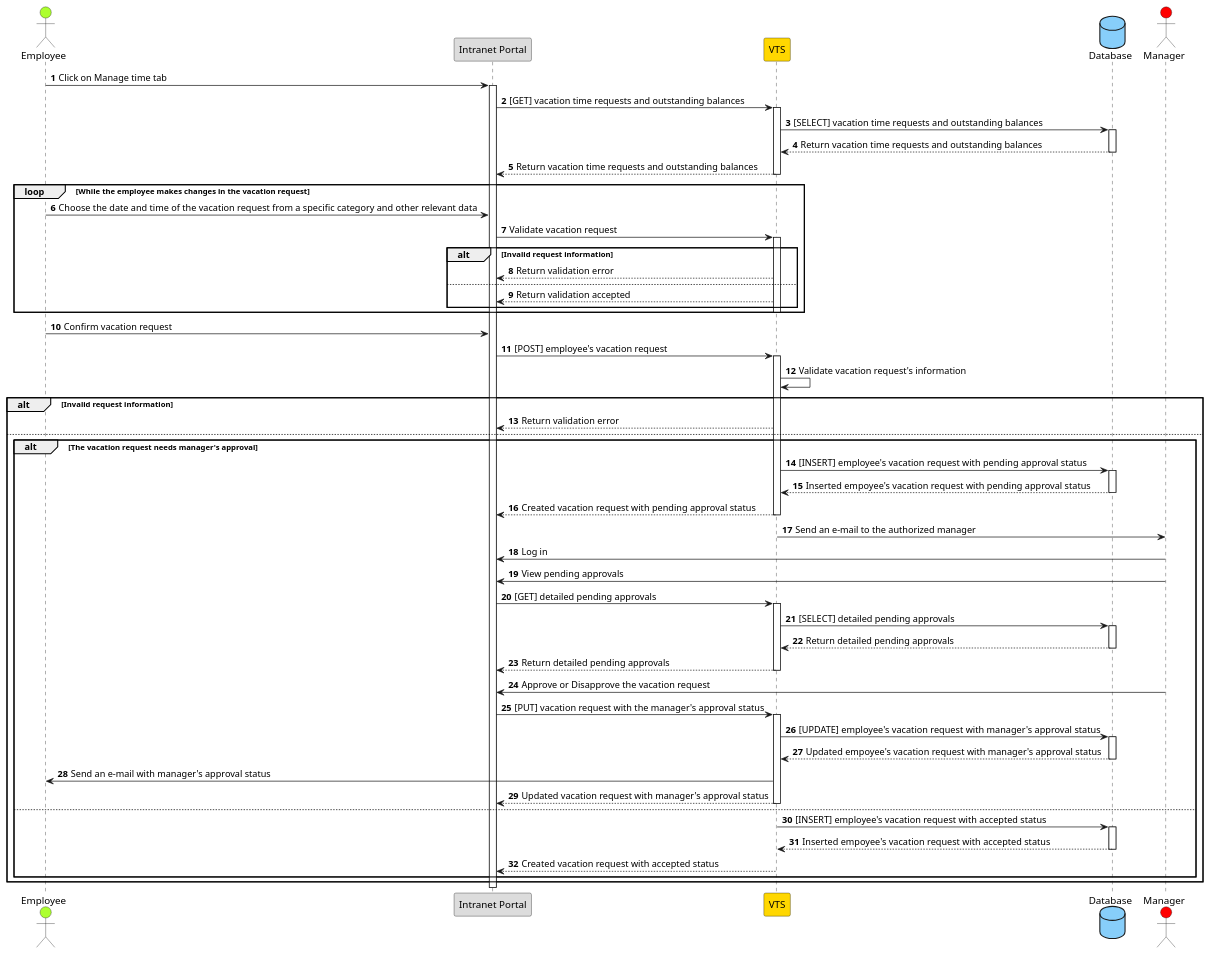
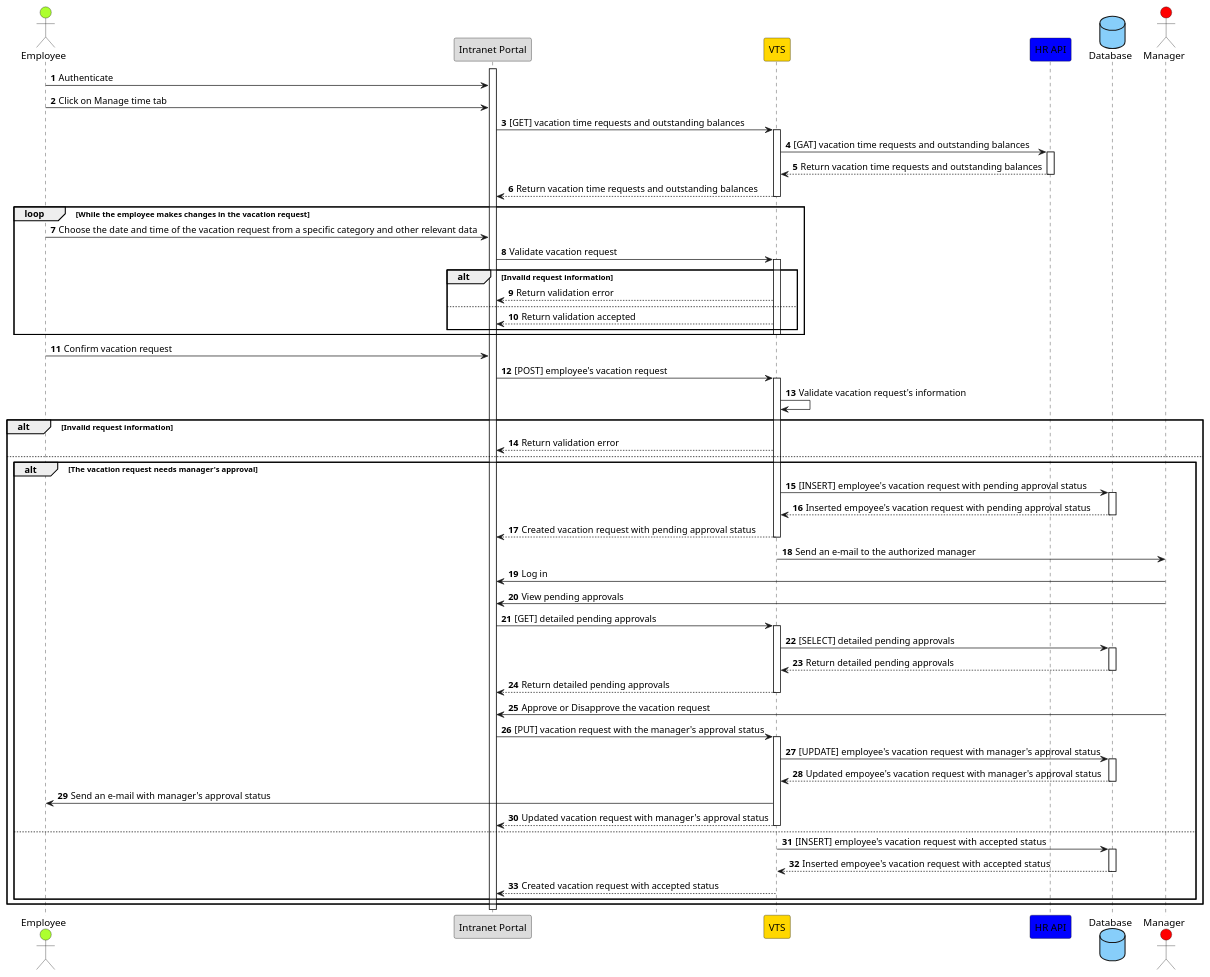
Before and after one commit to Adel1250/Vacation-Tracking-System: the diagram in diagrams/sequence-diagrams/manage-time.puml, drawn with PlantUML. The commit also changed 6 other files, not shown here.

Commit message:
Add more sequence diagrams

```diff
--- a/diagrams/sequence-diagrams/manage-time.puml
+++ b/diagrams/sequence-diagrams/manage-time.puml
@@ -1,79 +1,81 @@
 @startuml High level Manage Time Flow
 
 actor "Employee" as EMP #GreenYellow
 participant "Intranet Portal" as IP #Gainsboro
 participant VTS #Gold
+participant "HR API" as API #Blue
 
 database "Database" as DB #LightSkyBlue
 
 actor "Manager" as MNG #RED
 
 autonumber
 
+activate IP
+EMP -> IP: Authenticate
 EMP -> IP: Click on Manage time tab
-activate IP
 IP -> VTS: [GET] vacation time requests and outstanding balances
 activate VTS
-VTS -> DB: [SELECT] vacation time requests and outstanding balances
-activate DB
-DB --> VTS: Return vacation time requests and outstanding balances
-deactivate DB
+VTS -> API: [GAT] vacation time requests and outstanding balances
+activate API
+API --> VTS: Return vacation time requests and outstanding balances
+deactivate API
 VTS --> IP: Return vacation time requests and outstanding balances
 deactivate VTS
 loop While the employee makes changes in the vacation request
     EMP -> IP: Choose the date and time of the vacation request from a specific category and other relevant data
     IP -> VTS: Validate vacation request
     activate VTS
     alt Invalid request information
         VTS --> IP: Return validation error
     else 
         VTS --> IP: Return validation accepted
     end
     deactivate VTS
 end
 EMP -> IP: Confirm vacation request
 IP -> VTS: [POST] employee's vacation request
 activate VTS
 VTS -> VTS: Validate vacation request's information
 alt Invalid request information
     VTS --> IP: Return validation error
 else
     alt The vacation request needs manager's approval
         VTS -> DB: [INSERT] employee's vacation request with pending approval status
         activate DB
         DB --> VTS: Inserted empoyee's vacation request with pending approval status
         deactivate DB
         VTS --> IP: Created vacation request with pending approval status
         deactivate VTS
         VTS -> MNG: Send an e-mail to the authorized manager
         MNG -> IP: Log in
         MNG-> IP: View pending approvals
         IP -> VTS: [GET] detailed pending approvals
         activate VTS
         VTS -> DB: [SELECT] detailed pending approvals
         activate DB
         DB --> VTS: Return detailed pending approvals
         deactivate DB
         VTS --> IP: Return detailed pending approvals
         deactivate VTS
         MNG -> IP: Approve or Disapprove the vacation request
         IP -> VTS: [PUT] vacation request with the manager's approval status
         activate VTS
         VTS -> DB: [UPDATE] employee's vacation request with manager's approval status
         activate DB
         DB --> VTS: Updated empoyee's vacation request with manager's approval status
         deactivate DB
         VTS -> EMP: Send an e-mail with manager's approval status
         VTS --> IP: Updated vacation request with manager's approval status
         deactivate VTS
     else
         VTS -> DB: [INSERT] employee's vacation request with accepted status
         activate DB
         DB --> VTS: Inserted empoyee's vacation request with accepted status
         deactivate DB
         VTS --> IP: Created vacation request with accepted status
         deactivate VTS
     end
 end
 
 @enduml
```
